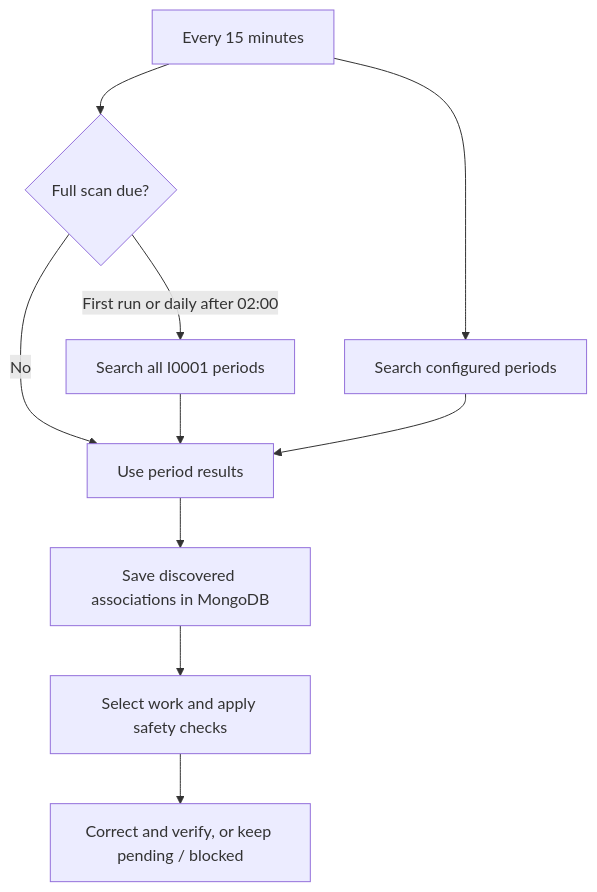
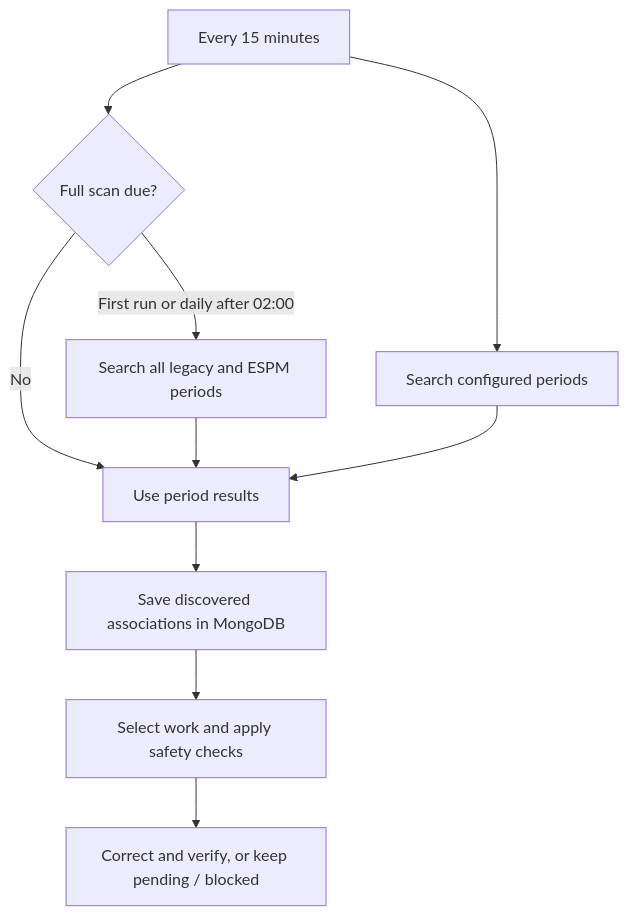
Before and after one commit to lmssandbox-dev/section-association-fix: the second of 3 diagrams in BEGINNERS_GUIDE.md, drawn with Mermaid. The commit also changed other lines of this file and 11 other files, not shown here.

````diff
--- a/BEGINNERS_GUIDE.md
+++ b/BEGINNERS_GUIDE.md
@@ -46,12 +49,12 @@
 ```mermaid
 flowchart TD
   A[Every 15 minutes] --> B[Search configured periods]
   A --> C{Full scan due?}
-  C -- First run or daily after 02:00 --> D[Search all I0001 periods]
+  C -- First run or daily after 02:00 --> D[Search all legacy and ESPM periods]
   C -- No --> E[Use period results]
   D --> E
   B --> E
   E --> F[Save discovered associations in MongoDB]
   F --> G[Select work and apply safety checks]
   G --> H[Correct and verify, or keep pending / blocked]
 ```
````
